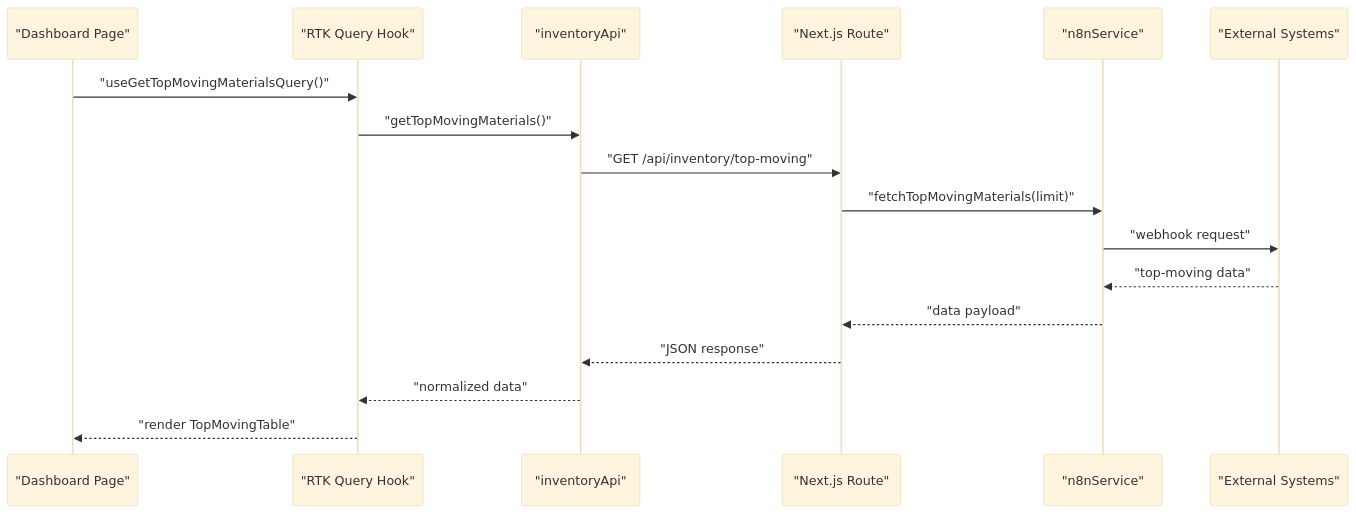
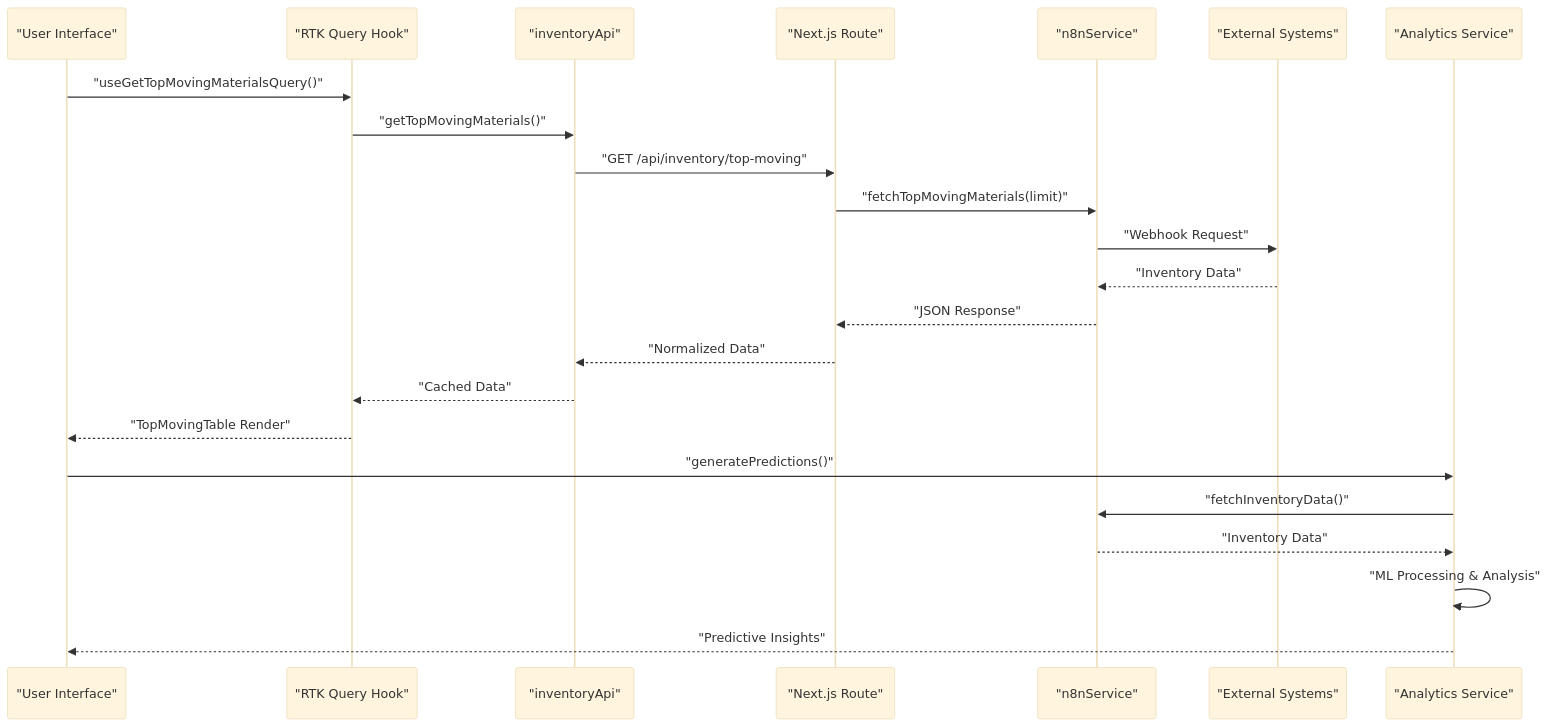
Before and after one commit to cacamarica/dashboard-ai: the second of 4 diagrams in .qoder/repowiki/en/content/Core Features/Inventory Management.md, drawn with Mermaid (base theme). The commit also changed other lines of this file and 14 other files, not shown here.

````diff
--- a/.qoder/repowiki/en/content/Core Features/Inventory Management.md
+++ b/.qoder/repowiki/en/content/Core Features/Inventory Management.md
@@ -150,19 +185,25 @@
 ```mermaid
 sequenceDiagram
-participant UI as "Dashboard Page"
+participant User as "User Interface"
 participant Hook as "RTK Query Hook"
 participant API as "inventoryApi"
 participant Route as "Next.js Route"
 participant N8N as "n8nService"
-participant Ext as "External Systems"
-UI->>Hook : "useGetTopMovingMaterialsQuery()"
+participant External as "External Systems"
+participant AI as "Analytics Service"
+User->>Hook : "useGetTopMovingMaterialsQuery()"
 Hook->>API : "getTopMovingMaterials()"
 API->>Route : "GET /api/inventory/top-moving"
 Route->>N8N : "fetchTopMovingMaterials(limit)"
-N8N->>Ext : "webhook request"
-Ext-->>N8N : "top-moving data"
-N8N-->>Route : "data payload"
-Route-->>API : "JSON response"
-API-->>Hook : "normalized data"
-Hook-->>UI : "render TopMovingTable"
+N8N->>External : "Webhook Request"
+External-->>N8N : "Inventory Data"
+N8N-->>Route : "JSON Response"
+Route-->>API : "Normalized Data"
+API-->>Hook : "Cached Data"
+Hook-->>User : "TopMovingTable Render"
+User->>AI : "generatePredictions()"
+AI->>N8N : "fetchInventoryData()"
+N8N-->>AI : "Inventory Data"
+AI->>AI : "ML Processing & Analysis"
+AI-->>User : "Predictive Insights"
 ```
````
